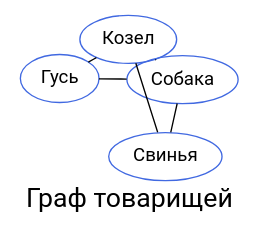
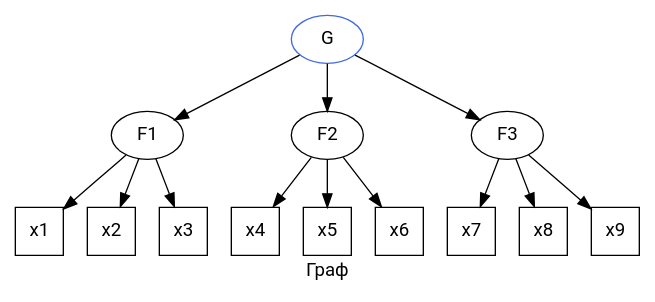
One commit to Marwolaeth/OTUS_R4DA changed the sixth of 7 diagrams in 01-Quarto/otus-reveal.qmd. Above: the diagram before and after it, drawn with Graphviz. The commit also changed other lines of this file and 2 other files, not shown here.

Commit message:
A better Graphviz example

````diff
--- a/01-Quarto/otus-reveal.qmd
+++ b/01-Quarto/otus-reveal.qmd
@@ -1205,19 +1207,18 @@
 ```{dot}
 //| label: ex-graphviz-code
 //| echo: fenced
 //| eval: false
 // Комментарий
-graph G {
+digraph G {
   fontname="Roboto"
-  node [fontname="Roboto", color=royalblue]
-  layout = neato
-  Гусь -- Собака [weight=8];
-  Собака -- Свинья;
-  Свинья -- Козел [weight=4];
-  Козел -- Собака;
-  Гусь -- Козел;
+  node [fontname="Roboto"]
+  G [color=royalblue];
+  x1, x2, x3, x4, x5, x6, x7, x8, x9 [shape=square];
+  F1 -> {x1, x2, x3};
+  F2 -> {x4, x5, x6};
+  F3 -> {x7, x8, x9};
+  G  -> {F1, F2, F3};
   
-  fontsize=20;
-  label = "Граф товарищей";
+  label = "Граф";
 }
 ```
````
